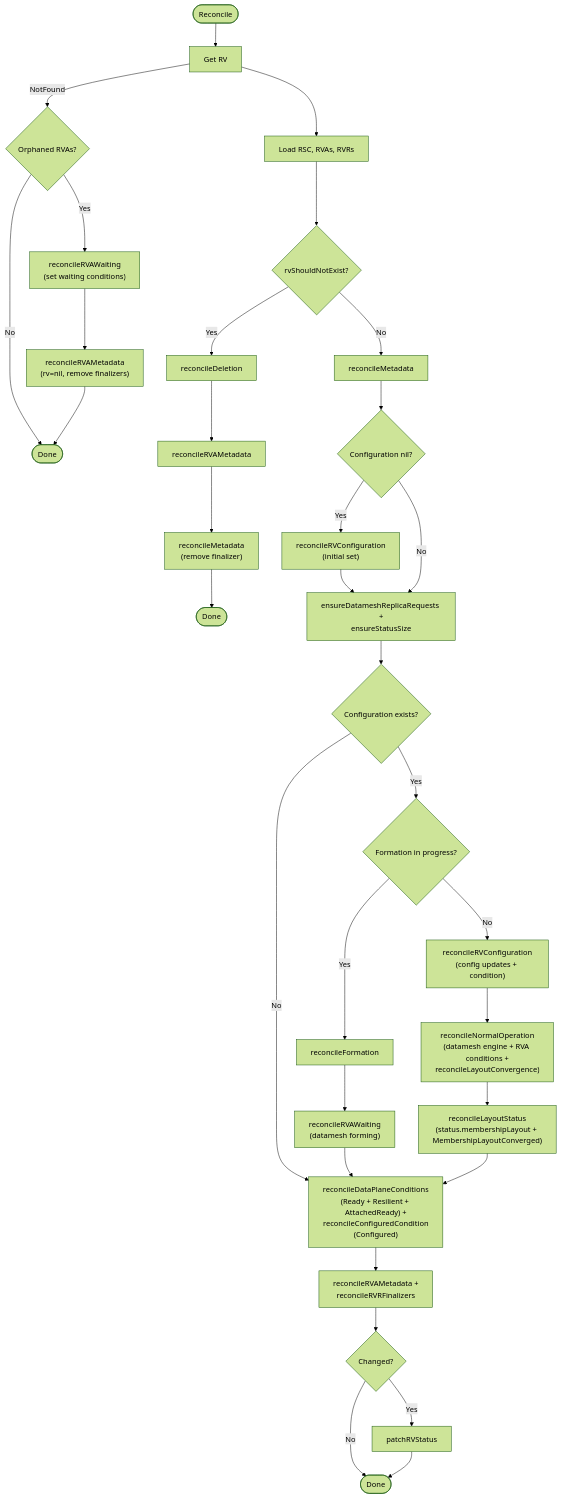
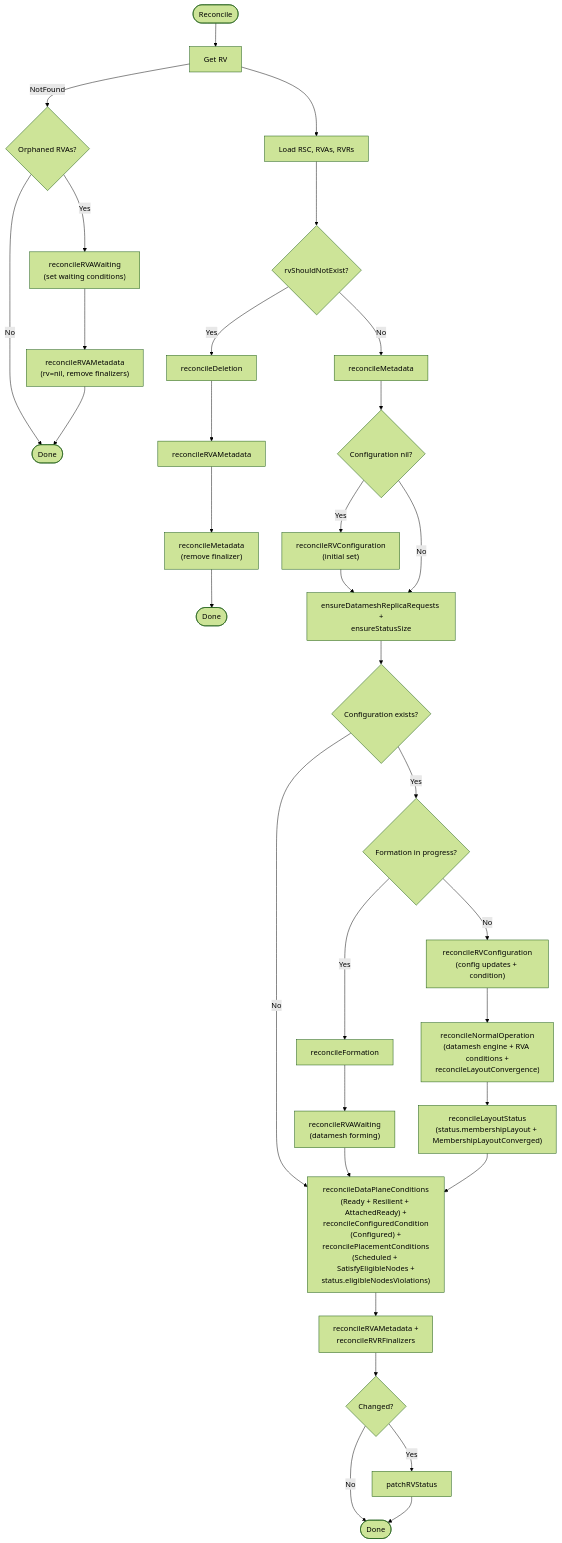
Before and after one commit to deckhouse/sds-replicated-volume: the first of 12 diagrams in images/controller/internal/controllers/rv_controller/README.md, drawn with Mermaid (forest theme). The commit also changed other lines of this file and 9 other files, not shown here.

First line of the commit message:
Merge branch 'feat/rv-scheduled-satisfy-eligible-nodes-conditions' into 'main'

````diff
--- a/images/controller/internal/controllers/rv_controller/README.md
+++ b/images/controller/internal/controllers/rv_controller/README.md
@@ -174,43 +174,43 @@
 ```mermaid
 flowchart TD
     Start([Reconcile]) --> GetRV[Get RV]
     GetRV -->|NotFound| CheckOrphanedRVAs{Orphaned RVAs?}
     CheckOrphanedRVAs -->|No| Done1([Done])
     CheckOrphanedRVAs -->|Yes| OrphanedWaiting["reconcileRVAWaiting<br/>(set waiting conditions)"]
     OrphanedWaiting --> OrphanedFinalizers["reconcileRVAMetadata<br/>(rv=nil, remove finalizers)"]
     OrphanedFinalizers --> Done1
     GetRV --> LoadDeps[Load RSC, RVAs, RVRs]
 
     LoadDeps --> CheckDelete{rvShouldNotExist?}
     CheckDelete -->|Yes| Deletion[reconcileDeletion]
     Deletion --> RVAFinDel[reconcileRVAMetadata]
     RVAFinDel --> MetaDel["reconcileMetadata<br/>(remove finalizer)"]
     MetaDel --> Done3([Done])
 
     CheckDelete -->|No| Meta[reconcileMetadata]
     Meta --> CheckConfigNil{Configuration nil?}
     CheckConfigNil -->|Yes| InitConfig["reconcileRVConfiguration<br/>(initial set)"]
     InitConfig --> EnsurePending
     CheckConfigNil -->|No| EnsurePending
     EnsurePending["ensureDatameshReplicaRequests +<br/>ensureStatusSize"]
     EnsurePending --> CheckConfig{Configuration exists?}
     CheckConfig -->|No| Conditions
 
     CheckConfig -->|Yes| CheckForming{Formation in progress?}
     CheckForming -->|Yes| Formation[reconcileFormation]
     Formation --> FormingRVAWaiting["reconcileRVAWaiting<br/>(datamesh forming)"]
     FormingRVAWaiting --> Conditions
     CheckForming -->|No| UpdateConfig["reconcileRVConfiguration<br/>(config updates + condition)"]
     UpdateConfig --> NormalOp["reconcileNormalOperation<br/>(datamesh engine + RVA conditions +<br/>reconcileLayoutConvergence)"]
     NormalOp --> LayoutStatus["reconcileLayoutStatus<br/>(status.membershipLayout + MembershipLayoutConverged)"]
     LayoutStatus --> Conditions
 
-    Conditions["reconcileDataPlaneConditions<br/>(Ready + Resilient + AttachedReady) +<br/>reconcileConfiguredCondition<br/>(Configured)"]
+    Conditions["reconcileDataPlaneConditions<br/>(Ready + Resilient + AttachedReady) +<br/>reconcileConfiguredCondition<br/>(Configured) +<br/>reconcilePlacementConditions<br/>(Scheduled + SatisfyEligibleNodes +<br/>status.eligibleNodesViolations)"]
     Conditions --> Finalizers
 
     Finalizers["reconcileRVAMetadata +<br/>reconcileRVRFinalizers"]
     Finalizers --> PatchDecision{Changed?}
     PatchDecision -->|Yes| Patch[patchRVStatus]
     PatchDecision -->|No| EndNode([Done])
     Patch --> EndNode
 ```
````
